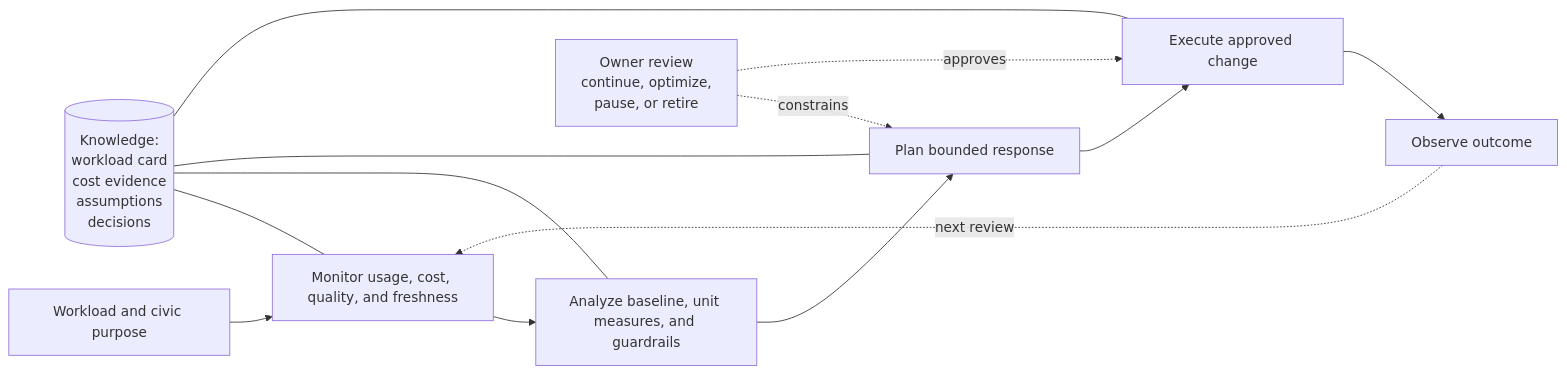
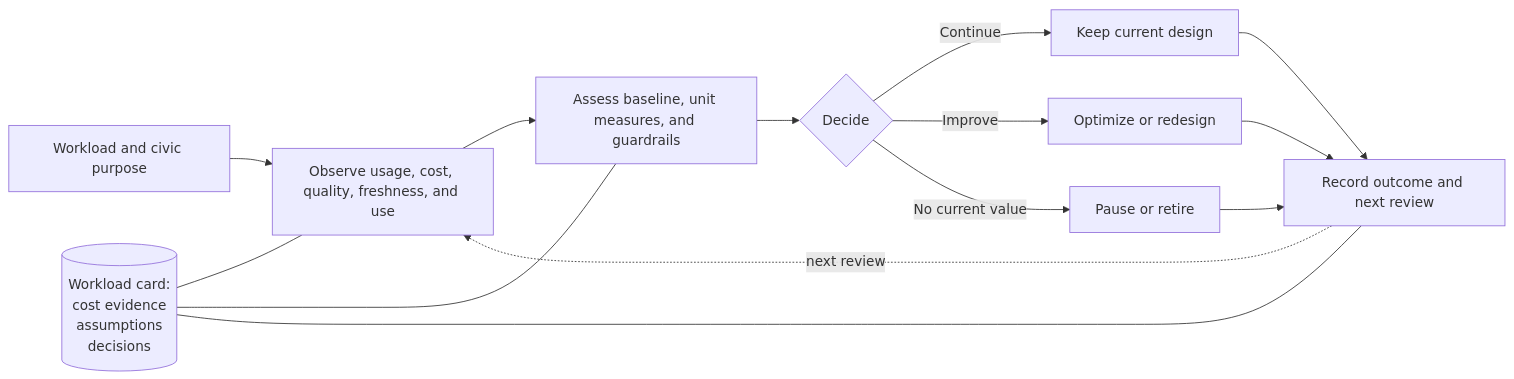
The sixth of 8 diagrams in diagrams/README.md (insightfull-data/civic-evidence-architecture-framework), drawn with Mermaid before and after one commit. The commit also changed 2 other files, not shown here.

Commit message:
Clarify practical cost governance workflow

````diff
--- a/diagrams/README.md
+++ b/diagrams/README.md
@@ -103,18 +103,17 @@
 ```mermaid
 flowchart LR
-    W[Workload and civic purpose] --> M[Monitor usage, cost, quality, and freshness]
-    M --> A[Analyze baseline, unit measures, and guardrails]
-    A --> P[Plan bounded response]
-    P --> E[Execute approved change]
-    E --> O[Observe outcome]
-    O -. next review .-> M
+    W[Workload and civic purpose] --> O[Observe usage, cost, quality, freshness, and use]
+    O --> A[Assess baseline, unit measures, and guardrails]
+    A --> D{Decide}
+    D -->|Continue| C[Keep current design]
+    D -->|Improve| I[Optimize or redesign]
+    D -->|No current value| P[Pause or retire]
+    C --> R[Record outcome and next review]
+    I --> R
+    P --> R
+    R -. next review .-> O
 
-    K[(Knowledge:<br/>workload card<br/>cost evidence<br/>assumptions<br/>decisions)]
-    K --- M
+    K[(Workload card:<br/>cost evidence<br/>assumptions<br/>decisions)] --- O
     K --- A
-    K --- P
-    K --- E
-
-    H[Owner review<br/>continue, optimize,<br/>pause, or retire] -. constrains .-> P
-    H -. approves .-> E
+    K --- R
 ```
````
